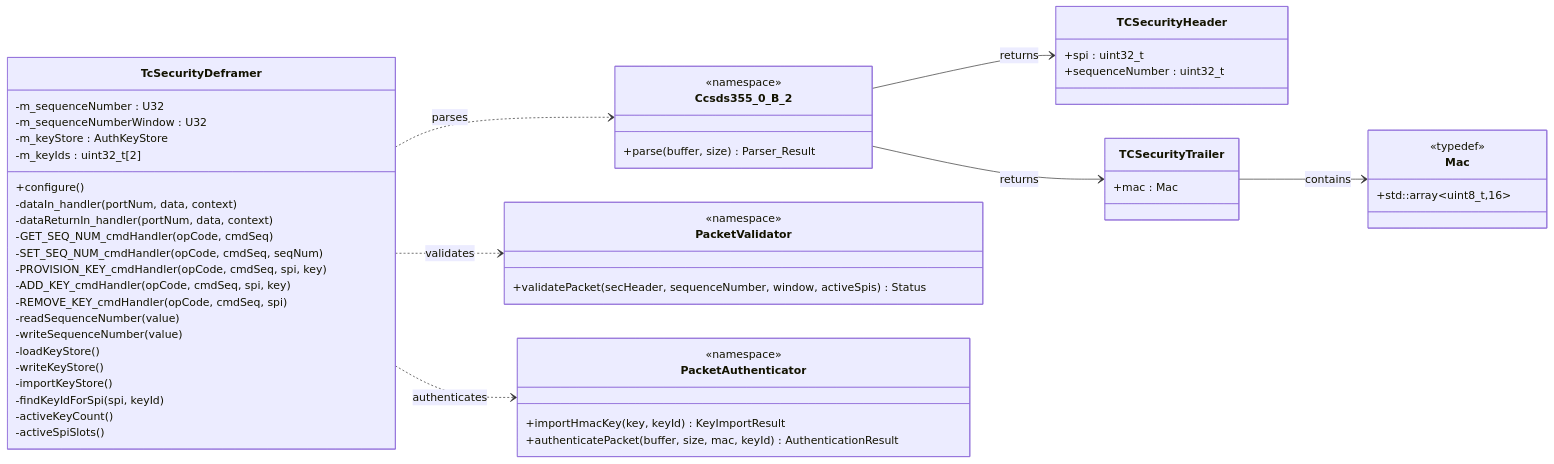
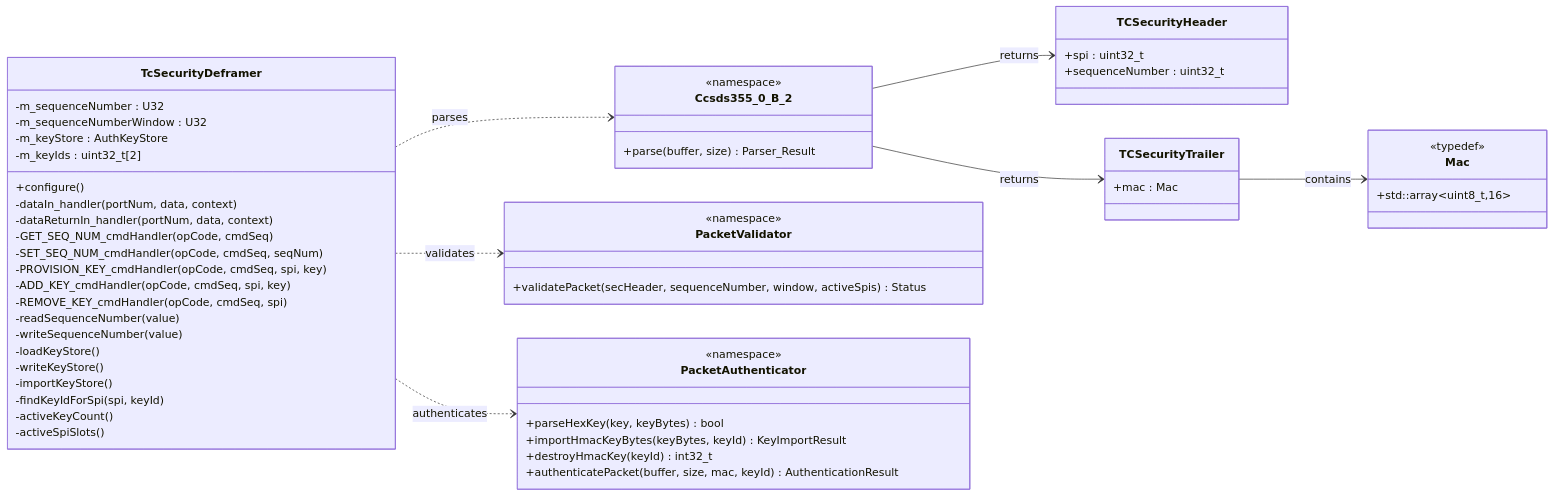
The diagram in docs-site/components/TcSecurityDeframer.md (Open-Source-Space-Foundation/proves-core-reference), drawn with Mermaid before and after one commit. The commit also changed other lines of this file and 4 other files, not shown here.

First line of the commit message:
refactor(TcSecurityDeframer): drop the unused importHmacKey() wrapper

````diff
--- a/docs-site/components/TcSecurityDeframer.md
+++ b/docs-site/components/TcSecurityDeframer.md
@@ -40,64 +40,66 @@
 ```mermaid
 classDiagram
 direction LR
 
 class TcSecurityDeframer {
   +configure()
   -dataIn_handler(portNum, data, context)
   -dataReturnIn_handler(portNum, data, context)
   -GET_SEQ_NUM_cmdHandler(opCode, cmdSeq)
   -SET_SEQ_NUM_cmdHandler(opCode, cmdSeq, seqNum)
   -PROVISION_KEY_cmdHandler(opCode, cmdSeq, spi, key)
   -ADD_KEY_cmdHandler(opCode, cmdSeq, spi, key)
   -REMOVE_KEY_cmdHandler(opCode, cmdSeq, spi)
   -readSequenceNumber(value)
   -writeSequenceNumber(value)
   -loadKeyStore()
   -writeKeyStore()
   -importKeyStore()
   -findKeyIdForSpi(spi, keyId)
   -activeKeyCount()
   -activeSpiSlots()
   -m_sequenceNumber : U32
   -m_sequenceNumberWindow : U32
   -m_keyStore : AuthKeyStore
   -m_keyIds : uint32_t[2]
 }
 
 class Ccsds355_0_B_2 {
   <<namespace>>
   +parse(buffer, size) Parser_Result
 }
 
 class PacketValidator {
   <<namespace>>
   +validatePacket(secHeader, sequenceNumber, window, activeSpis) Status
 }
 
 class PacketAuthenticator {
   <<namespace>>
-  +importHmacKey(key, keyId) KeyImportResult
+  +parseHexKey(key, keyBytes) bool
+  +importHmacKeyBytes(keyBytes, keyId) KeyImportResult
+  +destroyHmacKey(keyId) int32_t
   +authenticatePacket(buffer, size, mac, keyId) AuthenticationResult
 }
 
 class TCSecurityHeader {
   +spi : uint32_t
   +sequenceNumber : uint32_t
 }
 
 class TCSecurityTrailer {
   +mac : Mac
 }
 
 class Mac {
   <<typedef>>
   +std::array~uint8_t,16~
 }
 
 TcSecurityDeframer ..> Ccsds355_0_B_2 : parses
 TcSecurityDeframer ..> PacketValidator : validates
 TcSecurityDeframer ..> PacketAuthenticator : authenticates
 Ccsds355_0_B_2 --> TCSecurityHeader : returns
 Ccsds355_0_B_2 --> TCSecurityTrailer : returns
 TCSecurityTrailer --> Mac : contains
 ```
````
